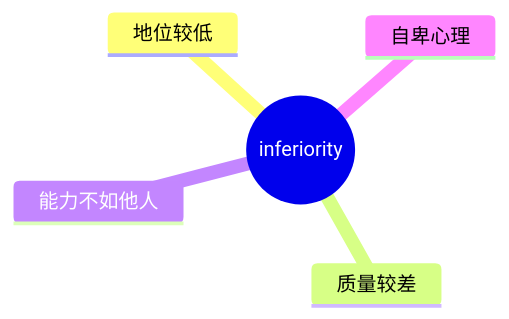
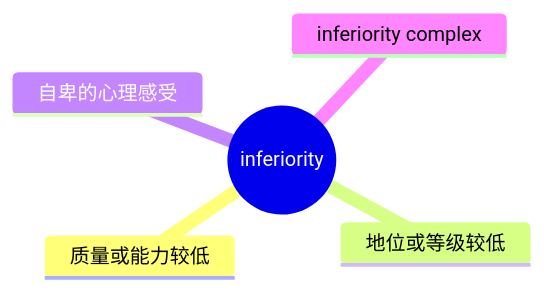
The second of 5 diagrams in slides_backup/托业单词/20260630/02.md (seki999/DialogueFlow), drawn with Mermaid before and after one commit. The commit also changed other lines of this file and 28 other files, not shown here.

````diff
--- a/slides_backup/托业单词/20260630/02.md
+++ b/slides_backup/托业单词/20260630/02.md
@@ -35,8 +39,8 @@
 ```mermaid
 mindmap
   root((inferiority))
-    地位较低
-    质量较差
-    能力不如他人
-    自卑心理
+    质量或能力较低
+    地位或等级较低
+    自卑的心理感受
+    inferiority complex
 ```
````
